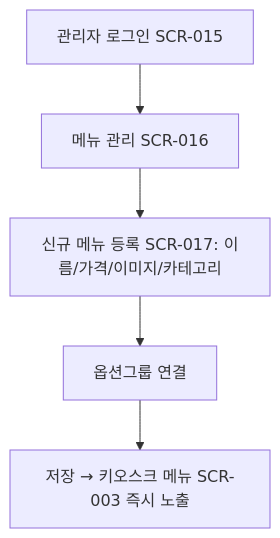
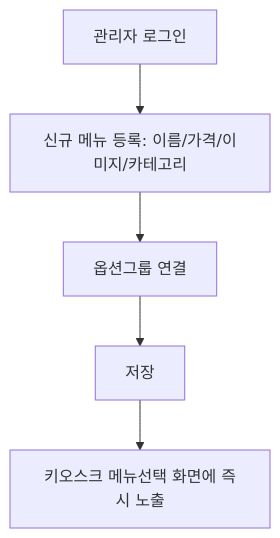
One commit to hagenie128/ASAK changed diagram 18 of 25 in docs/wiki/user-scenarios.md. Above: the diagram before and after it, drawn with Mermaid. The commit also changed other lines of this file and 241 other files, not shown here.

````diff
--- a/docs/wiki/user-scenarios.md
+++ b/docs/wiki/user-scenarios.md
@@ -288,7 +285,7 @@
 ```mermaid
 flowchart TD
-    A[관리자 로그인 SCR-015] --> B[메뉴 관리 SCR-016]
-    B --> C[신규 메뉴 등록 SCR-017: 이름/가격/이미지/카테고리]
-    C --> D[옵션그룹 연결]
-    D --> E[저장 → 키오스크 메뉴 SCR-003 즉시 노출]
+    A[관리자 로그인] --> B[신규 메뉴 등록: 이름/가격/이미지/카테고리]
+    B --> C[옵션그룹 연결]
+    C --> D[저장]
+    D --> E[키오스크 메뉴선택 화면에 즉시 노출]
 ```
````
